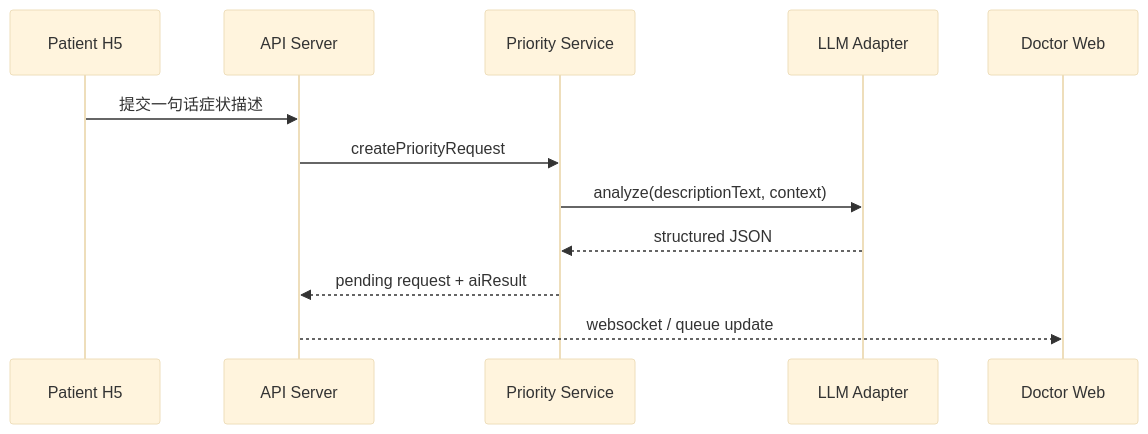
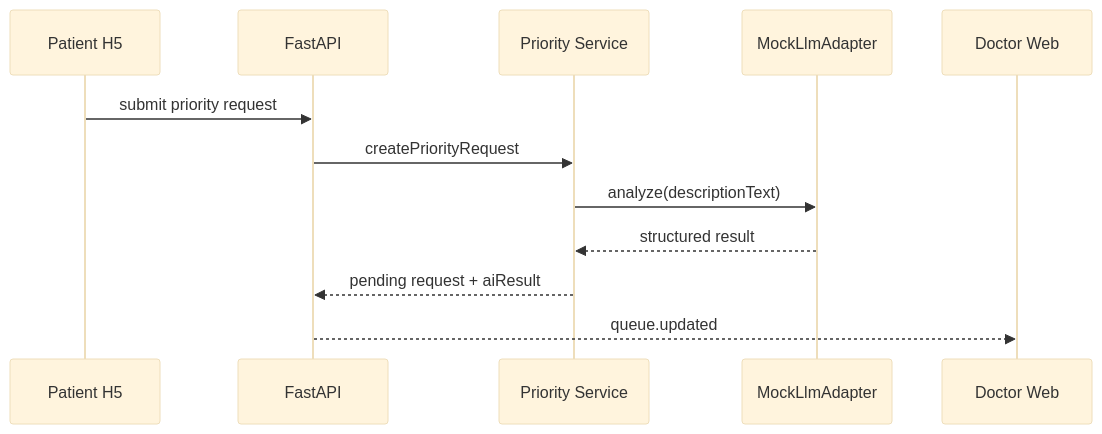
The third of 3 diagrams in docs/backend_api_architecture.md (Humble-Geralt/MEDIQUEUE), drawn with Mermaid (base theme) before and after one commit. The commit also changed other lines of this file and 54 other files, not shown here.

````diff
--- a/docs/backend_api_architecture.md
+++ b/docs/backend_api_architecture.md
@@ -571,15 +281,15 @@
 ```mermaid
 sequenceDiagram
     participant P as Patient H5
-    participant API as API Server
-    participant PR as Priority Service
-    participant AI as LLM Adapter
+    participant API as FastAPI
+    participant S as Priority Service
+    participant AI as MockLlmAdapter
     participant D as Doctor Web
 
-    P->>API: 提交一句话症状描述
-    API->>PR: createPriorityRequest
-    PR->>AI: analyze(descriptionText, context)
-    AI-->>PR: structured JSON
-    PR-->>API: pending request + aiResult
-    API-->>D: websocket / queue update
+    P->>API: submit priority request
+    API->>S: createPriorityRequest
+    S->>AI: analyze(descriptionText)
+    AI-->>S: structured result
+    S-->>API: pending request + aiResult
+    API-->>D: queue.updated
 ```
````
